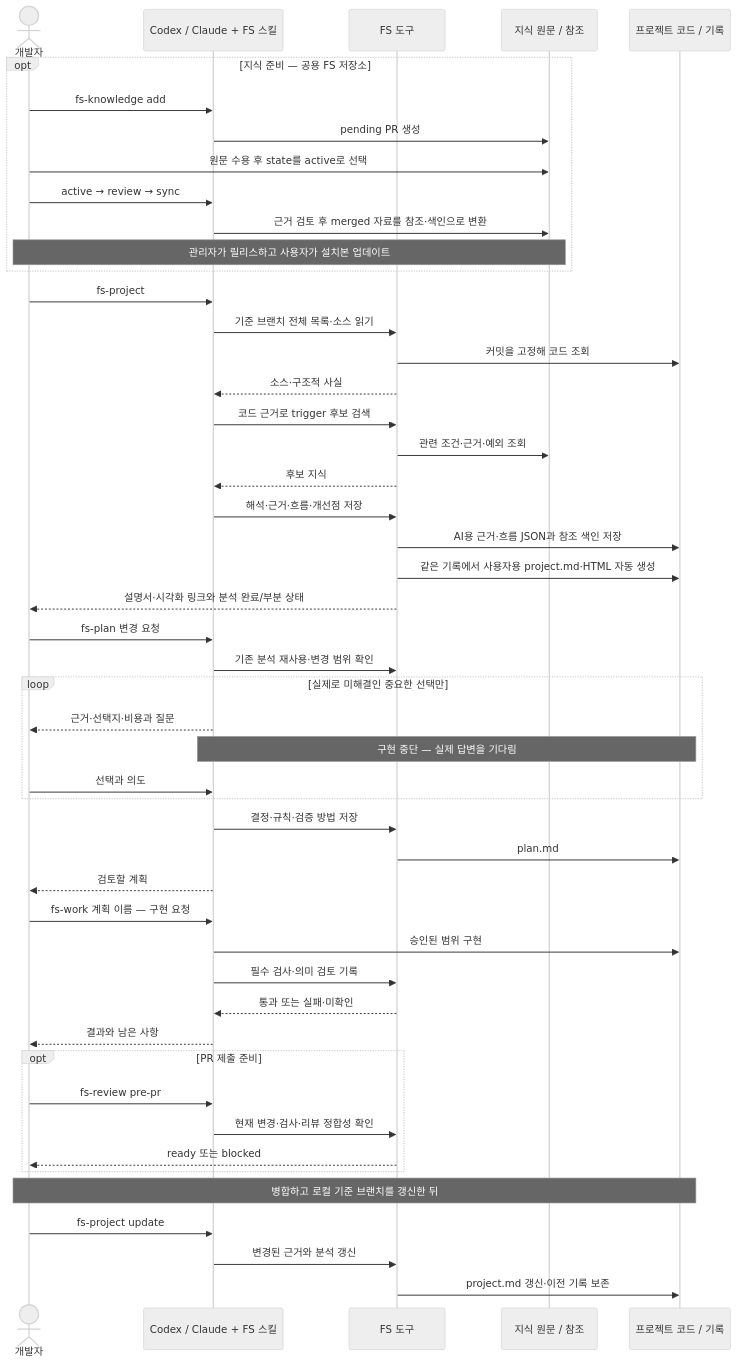
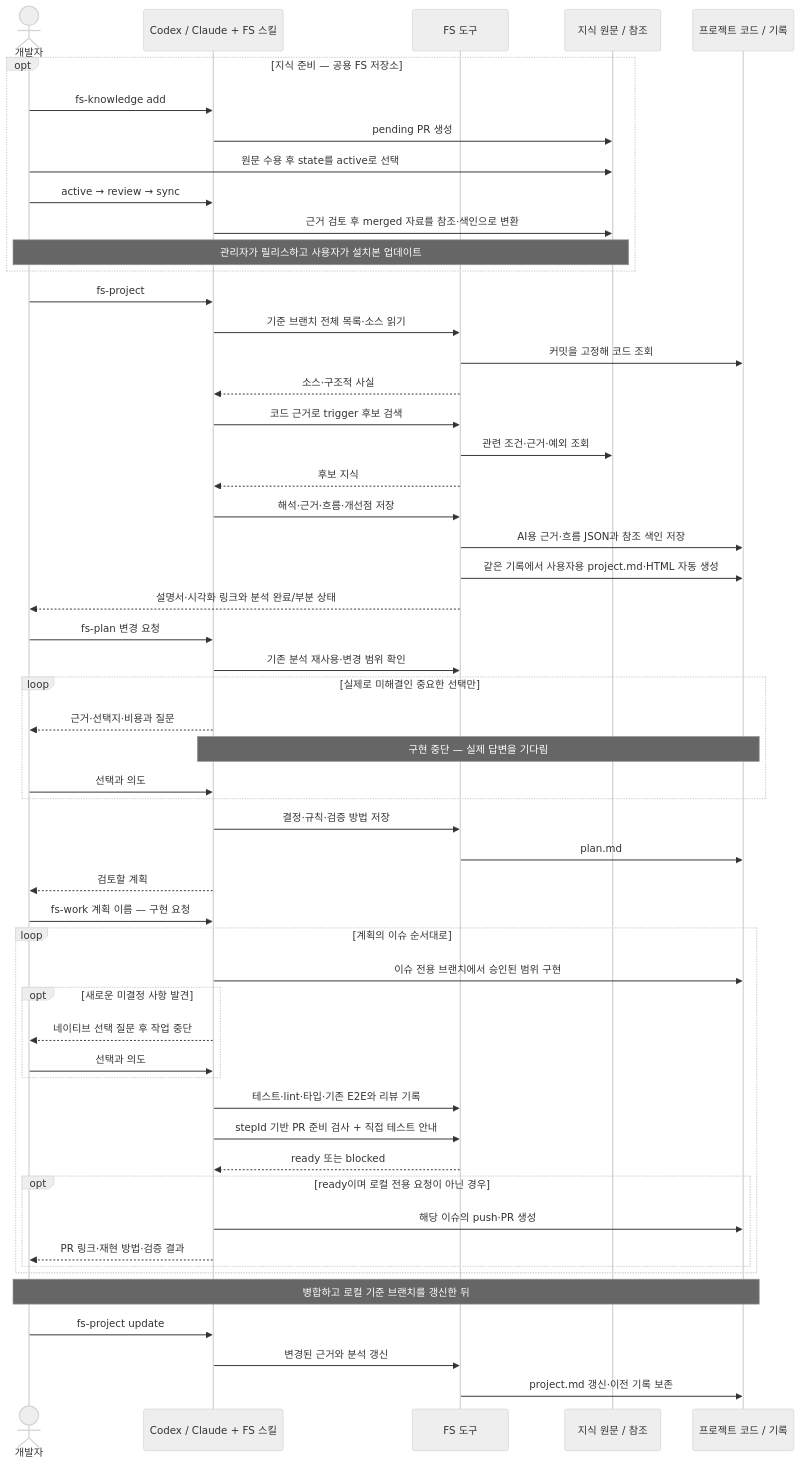
The diagram in README.md (Yelihi/frontend-system), drawn with Mermaid (neutral theme) before and after one commit. The commit also changed other lines of this file and 40 other files, not shown here.

````diff
--- a/README.md
+++ b/README.md
@@ -209,51 +246,56 @@
 ```mermaid
 sequenceDiagram
     actor U as 개발자
     participant AI as Codex / Claude + FS 스킬
     participant T as FS 도구
     participant K as 지식 원문 / 참조
     participant P as 프로젝트 코드 / 기록
     opt 지식 준비 — 공용 FS 저장소
         U->>AI: fs-knowledge add
         AI->>K: pending PR 생성
         U->>K: 원문 수용 후 state를 active로 선택
         U->>AI: active → review → sync
         AI->>K: 근거 검토 후 merged 자료를 참조·색인으로 변환
         Note over U,K: 관리자가 릴리스하고 사용자가 설치본 업데이트
     end
     U->>AI: fs-project
     AI->>T: 기준 브랜치 전체 목록·소스 읽기
     T->>P: 커밋을 고정해 코드 조회
     T-->>AI: 소스·구조적 사실
     AI->>T: 코드 근거로 trigger 후보 검색
     T->>K: 관련 조건·근거·예외 조회
     T-->>AI: 후보 지식
     AI->>T: 해석·근거·흐름·개선점 저장
     T->>P: AI용 근거·흐름 JSON과 참조 색인 저장
     T->>P: 같은 기록에서 사용자용 project.md·HTML 자동 생성
     T-->>U: 설명서·시각화 링크와 분석 완료/부분 상태
     U->>AI: fs-plan 변경 요청
     AI->>T: 기존 분석 재사용·변경 범위 확인
     loop 실제로 미해결인 중요한 선택만
         AI-->>U: 근거·선택지·비용과 질문
         Note over AI,P: 구현 중단 — 실제 답변을 기다림
         U->>AI: 선택과 의도
     end
     AI->>T: 결정·규칙·검증 방법 저장
     T->>P: plan.md
     AI-->>U: 검토할 계획
     U->>AI: fs-work 계획 이름 — 구현 요청
-    AI->>P: 승인된 범위 구현
-    AI->>T: 필수 검사·의미 검토 기록
-    T-->>AI: 통과 또는 실패·미확인
-    AI-->>U: 결과와 남은 사항
-    opt PR 제출 준비
-        U->>AI: fs-review pre-pr
-        AI->>T: 현재 변경·검사·리뷰 정합성 확인
-        T-->>U: ready 또는 blocked
+    loop 계획의 이슈 순서대로
+        AI->>P: 이슈 전용 브랜치에서 승인된 범위 구현
+        opt 새로운 미결정 사항 발견
+            AI-->>U: 네이티브 선택 질문 후 작업 중단
+            U->>AI: 선택과 의도
+        end
+        AI->>T: 테스트·lint·타입·기존 E2E와 리뷰 기록
+        AI->>T: stepId 기반 PR 준비 검사 + 직접 테스트 안내
+        T-->>AI: ready 또는 blocked
+        opt ready이며 로컬 전용 요청이 아닌 경우
+            AI->>P: 해당 이슈의 push·PR 생성
+            AI-->>U: PR 링크·재현 방법·검증 결과
+        end
     end
     Note over U,P: 병합하고 로컬 기준 브랜치를 갱신한 뒤
     U->>AI: fs-project update
     AI->>T: 변경된 근거와 분석 갱신
     T->>P: project.md 갱신·이전 기록 보존
 ```
````
